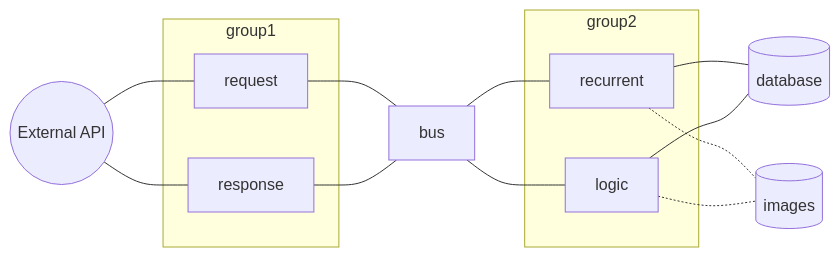
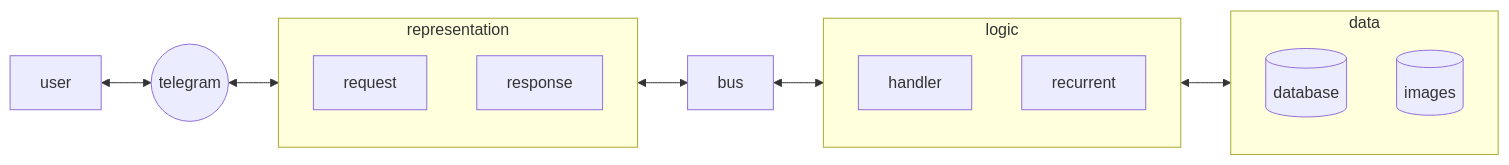
The diagram in README.md (agrrh/tg-snake-club-step-counter), drawn with Mermaid before and after one commit. The commit also changed other lines of this file, not shown here.

````diff
--- a/README.md
+++ b/README.md
@@ -42,27 +46,24 @@
 ```mermaid
 flowchart LR
-  ext-api((External API))
+  user
+  telegram((telegram))
+
   bus
-  request
-  response
-  logic
-  database[(database)]
-  images[(images)]
 
-  subgraph group1
+  subgraph representation
     request
     response
   end
 
-  subgraph group2
-    logic
+  subgraph logic
+    handler
     recurrent
   end
 
-  ext-api --- request & response
-  request & response --- bus
+  subgraph data
+    database[(database)]
+    images[(images)]
+  end
 
-  bus --- logic & recurrent
-  recurrent & logic --- database
-  recurrent & logic -.- images
+  user <--> telegram <--> representation <--> bus <--> logic <--> data
 ```
````
